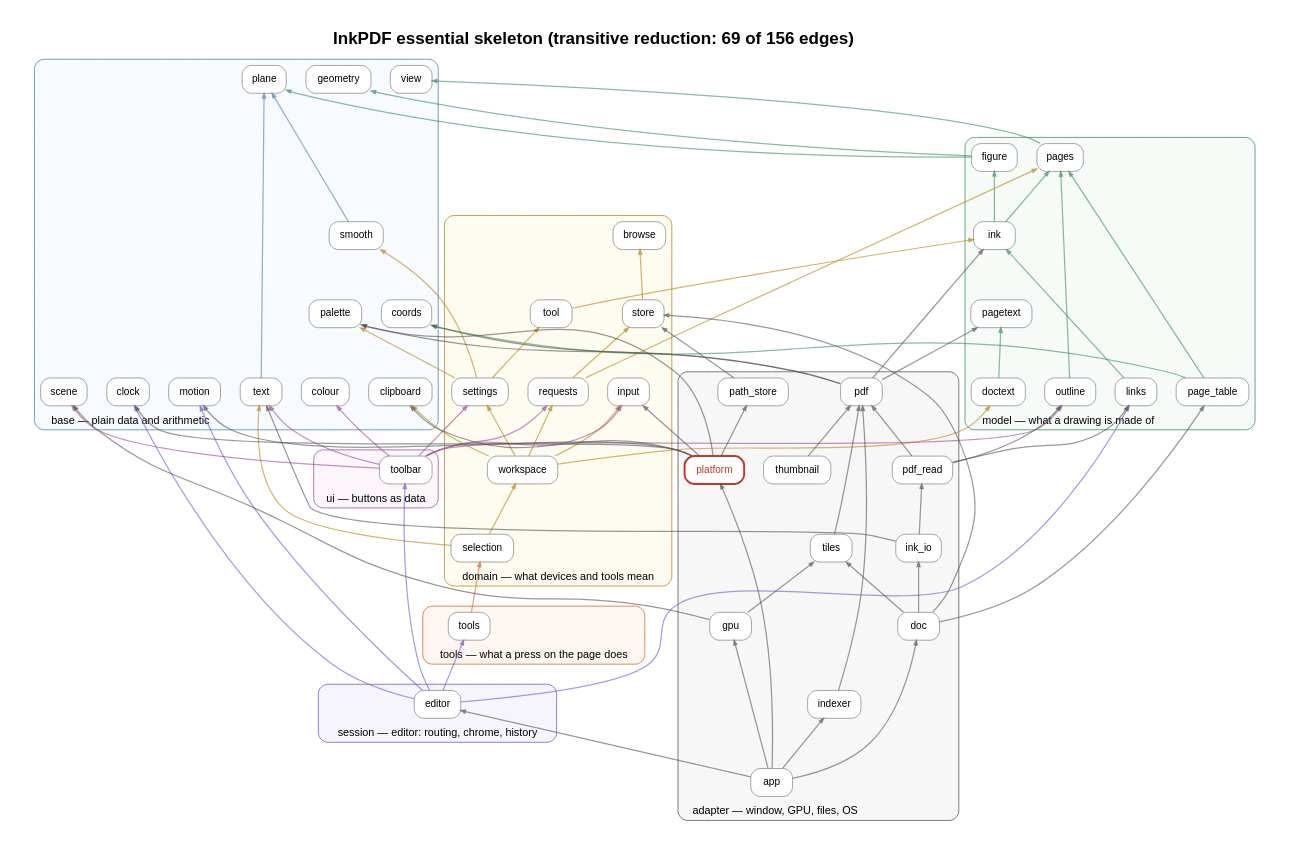
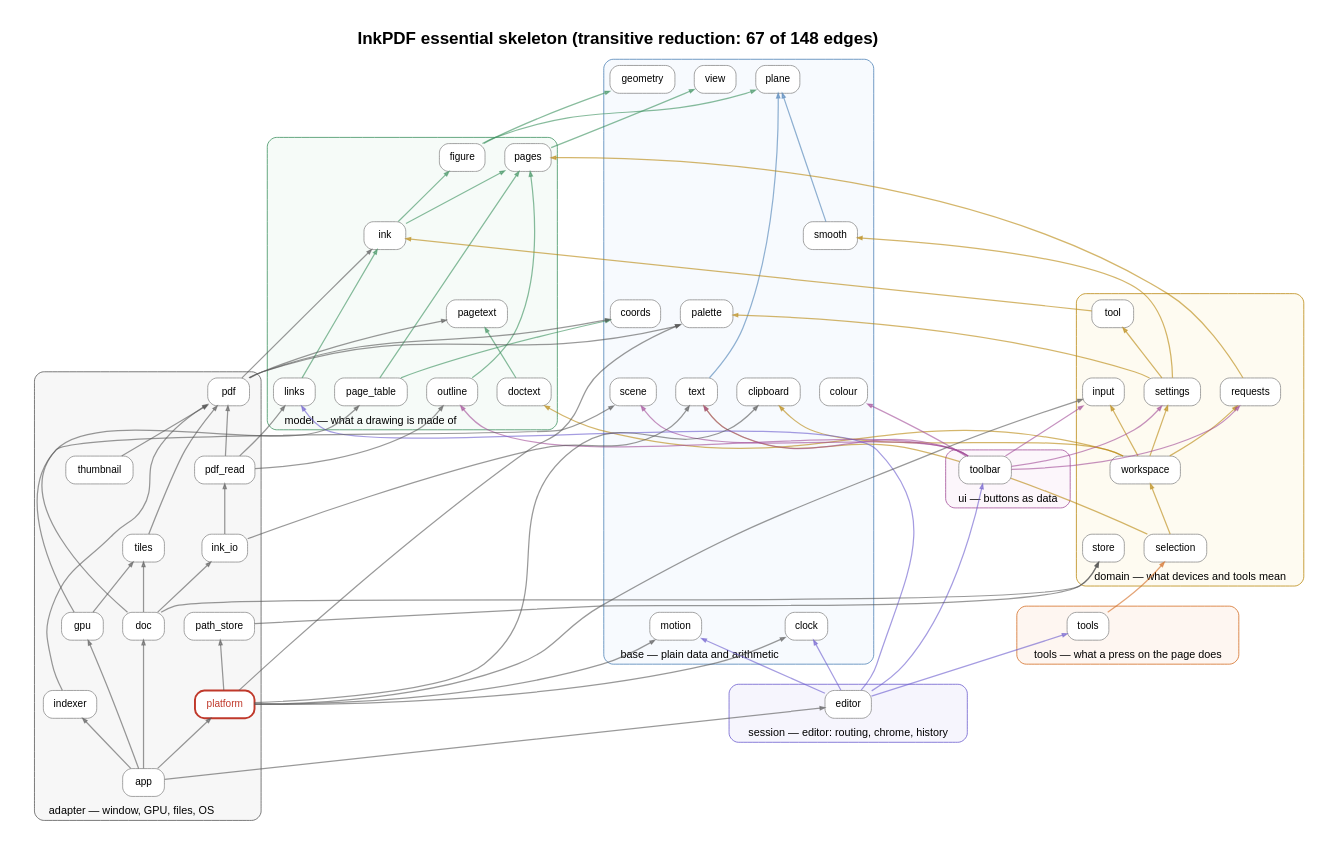
One commit to rajatmo/inkpdf changed the diagram in docs/deps/skeleton.dot. Above: the diagram before and after it, drawn with Graphviz. The commit also changed 7 other files, not shown here.

First line of the commit message:
Roadmap: the input milestone (1.4.0, planned) and what was done since 1.3.0; dependency graph knows the dialog module

```diff
--- a/docs/deps/skeleton.dot
+++ b/docs/deps/skeleton.dot
@@ -1,131 +1,128 @@
 digraph G {
 rankdir=BT; newrank=true; compound=true; splines=true; nodesep=0.35; ranksep=0.9; pad=0.4;
-label=<<b>InkPDF essential skeleton (transitive reduction: 69 of 156 edges)</b>>; labelloc=t; fontsize=22; fontname="Helvetica";
+label=<<b>InkPDF essential skeleton (transitive reduction: 67 of 148 edges)</b>>; labelloc=t; fontsize=22; fontname="Helvetica";
 node [shape=box, style="rounded,filled", fontname="Helvetica", fontsize=13, margin="0.14,0.07", color="#888888"];
 edge [arrowsize=0.6];
 subgraph cluster_Base { label="base — plain data and arithmetic"; labeljust=l; fontname="Helvetica"; fontsize=14; style="rounded,filled"; fillcolor="#e8f1fb55"; color="#4a7fb5";
   "clipboard" [fillcolor="white"];
   "clock" [fillcolor="white"];
   "colour" [fillcolor="white"];
   "coords" [fillcolor="white"];
   "geometry" [fillcolor="white"];
   "motion" [fillcolor="white"];
   "palette" [fillcolor="white"];
   "plane" [fillcolor="white"];
   "scene" [fillcolor="white"];
   "smooth" [fillcolor="white"];
   "text" [fillcolor="white"];
   "view" [fillcolor="white"];
 }
 subgraph cluster_Model { label="model — what a drawing is made of"; labeljust=l; fontname="Helvetica"; fontsize=14; style="rounded,filled"; fillcolor="#e3f4ea55"; color="#3a8f5c";
   "doctext" [fillcolor="white"];
   "figure" [fillcolor="white"];
   "ink" [fillcolor="white"];
   "links" [fillcolor="white"];
   "outline" [fillcolor="white"];
   "page_table" [fillcolor="white"];
   "pages" [fillcolor="white"];
   "pagetext" [fillcolor="white"];
 }
 subgraph cluster_Domain { label="domain — what devices and tools mean"; labeljust=l; fontname="Helvetica"; fontsize=14; style="rounded,filled"; fillcolor="#fdf3d655"; color="#b8860b";
-  "browse" [fillcolor="white"];
   "input" [fillcolor="white"];
   "requests" [fillcolor="white"];
   "selection" [fillcolor="white"];
   "settings" [fillcolor="white"];
   "store" [fillcolor="white"];
   "tool" [fillcolor="white"];
   "workspace" [fillcolor="white"];
 }
 subgraph cluster_Ui { label="ui — buttons as data"; labeljust=l; fontname="Helvetica"; fontsize=14; style="rounded,filled"; fillcolor="#f6e4f355"; color="#a14a96";
   "toolbar" [fillcolor="white"];
 }
 subgraph cluster_Tools { label="tools — what a press on the page does"; labeljust=l; fontname="Helvetica"; fontsize=14; style="rounded,filled"; fillcolor="#fde5d455"; color="#d2691e";
   "tools" [fillcolor="white"];
 }
 subgraph cluster_Session { label="session — editor: routing, chrome, history"; labeljust=l; fontname="Helvetica"; fontsize=14; style="rounded,filled"; fillcolor="#e4e1f855"; color="#6a5acd";
   "editor" [fillcolor="white"];
 }
 subgraph cluster_Adapter { label="adapter — window, GPU, files, OS"; labeljust=l; fontname="Helvetica"; fontsize=14; style="rounded,filled"; fillcolor="#e6e6e655"; color="#555555";
   "app" [fillcolor="white"];
   "doc" [fillcolor="white"];
   "gpu" [fillcolor="white"];
   "indexer" [fillcolor="white"];
   "ink_io" [fillcolor="white"];
   "path_store" [fillcolor="white"];
   "pdf" [fillcolor="white"];
   "pdf_read" [fillcolor="white"];
   "platform" [fillcolor="white" penwidth=2.5 color="#c0392b" fontcolor="#c0392b"];
   "thumbnail" [fillcolor="white"];
   "tiles" [fillcolor="white"];
 }
 "app" -> "doc" [color="#55555599", penwidth=1.60, tooltip="3 uses"];
 "app" -> "editor" [color="#55555599", penwidth=1.60, tooltip="4 uses"];
 "app" -> "gpu" [color="#55555599", penwidth=1.60, tooltip="5 uses"];
 "app" -> "indexer" [color="#55555599", penwidth=1.60, tooltip="2 uses"];
 "app" -> "platform" [color="#55555599", penwidth=1.60, tooltip="2 uses"];
 "doc" -> "ink_io" [color="#55555599", penwidth=1.60, tooltip="1 uses"];
 "doc" -> "page_table" [color="#55555599", penwidth=1.60, tooltip="2 uses"];
 "doc" -> "store" [color="#55555599", penwidth=1.60, tooltip="1 uses"];
 "doc" -> "tiles" [color="#55555599", penwidth=1.60, tooltip="1 uses"];
 "doctext" -> "pagetext" [color="#3a8f5c99", penwidth=1.60, tooltip="1 uses"];
 "editor" -> "clock" [color="#6a5acd99", penwidth=1.60, tooltip="1 uses"];
 "editor" -> "links" [color="#6a5acd99", penwidth=1.60, tooltip="3 uses"];
 "editor" -> "motion" [color="#6a5acd99", penwidth=1.60, tooltip="4 uses"];
-"editor" -> "toolbar" [color="#6a5acd99", penwidth=1.60, tooltip="13 uses"];
-"editor" -> "tools" [color="#6a5acd99", penwidth=1.60, tooltip="9 uses"];
+"editor" -> "toolbar" [color="#6a5acd99", penwidth=1.60, tooltip="12 uses"];
+"editor" -> "tools" [color="#6a5acd99", penwidth=1.60, tooltip="8 uses"];
 "figure" -> "geometry" [color="#3a8f5c99", penwidth=1.60, tooltip="1 uses"];
 "figure" -> "plane" [color="#3a8f5c99", penwidth=1.60, tooltip="1 uses"];
 "gpu" -> "scene" [color="#55555599", penwidth=1.60, tooltip="1 uses"];
 "gpu" -> "tiles" [color="#55555599", penwidth=1.60, tooltip="2 uses"];
 "indexer" -> "pdf" [color="#55555599", penwidth=1.60, tooltip="1 uses"];
 "ink" -> "figure" [color="#3a8f5c99", penwidth=1.60, tooltip="3 uses"];
 "ink" -> "pages" [color="#3a8f5c99", penwidth=1.60, tooltip="1 uses"];
 "ink_io" -> "pdf_read" [color="#55555599", penwidth=1.60, tooltip="2 uses"];
 "ink_io" -> "text" [color="#55555599", penwidth=1.60, tooltip="2 uses"];
 "links" -> "ink" [color="#3a8f5c99", penwidth=1.60, tooltip="1 uses"];
 "outline" -> "pages" [color="#3a8f5c99", penwidth=1.60, tooltip="1 uses"];
 "page_table" -> "coords" [color="#3a8f5c99", penwidth=1.60, tooltip="1 uses"];
 "page_table" -> "pages" [color="#3a8f5c99", penwidth=1.60, tooltip="1 uses"];
 "pages" -> "view" [color="#3a8f5c99", penwidth=1.60, tooltip="1 uses"];
 "path_store" -> "store" [color="#55555599", penwidth=1.60, tooltip="1 uses"];
 "pdf" -> "coords" [color="#55555599", penwidth=1.60, tooltip="2 uses"];
 "pdf" -> "ink" [color="#55555599", penwidth=1.60, tooltip="2 uses"];
 "pdf" -> "pagetext" [color="#55555599", penwidth=1.60, tooltip="2 uses"];
 "pdf" -> "palette" [color="#55555599", penwidth=1.60, tooltip="2 uses"];
 "pdf_read" -> "links" [color="#55555599", penwidth=1.60, tooltip="1 uses"];
 "pdf_read" -> "outline" [color="#55555599", penwidth=1.60, tooltip="1 uses"];
 "pdf_read" -> "pdf" [color="#55555599", penwidth=1.60, tooltip="1 uses"];
 "platform" -> "clipboard" [color="#55555599", penwidth=1.60, tooltip="4 uses"];
 "platform" -> "clock" [color="#55555599", penwidth=1.60, tooltip="3 uses"];
 "platform" -> "input" [color="#55555599", penwidth=1.60, tooltip="13 uses"];
 "platform" -> "motion" [color="#55555599", penwidth=1.60, tooltip="8 uses"];
 "platform" -> "palette" [color="#55555599", penwidth=1.60, tooltip="13 uses"];
 "platform" -> "path_store" [color="#55555599", penwidth=1.60, tooltip="2 uses"];
 "requests" -> "pages" [color="#b8860b99", penwidth=1.60, tooltip="1 uses"];
-"requests" -> "store" [color="#b8860b99", penwidth=1.60, tooltip="1 uses"];
 "selection" -> "text" [color="#b8860b99", penwidth=1.60, tooltip="1 uses"];
 "selection" -> "workspace" [color="#b8860b99", penwidth=1.60, tooltip="1 uses"];
 "settings" -> "palette" [color="#b8860b99", penwidth=1.60, tooltip="1 uses"];
 "settings" -> "smooth" [color="#b8860b99", penwidth=1.60, tooltip="1 uses"];
 "settings" -> "tool" [color="#b8860b99", penwidth=1.60, tooltip="1 uses"];
 "smooth" -> "plane" [color="#4a7fb599", penwidth=1.60, tooltip="1 uses"];
-"store" -> "browse" [color="#b8860b99", penwidth=1.60, tooltip="1 uses"];
 "text" -> "plane" [color="#4a7fb599", penwidth=1.60, tooltip="3 uses"];
 "thumbnail" -> "pdf" [color="#55555599", penwidth=1.60, tooltip="1 uses"];
 "tiles" -> "pdf" [color="#55555599", penwidth=1.60, tooltip="1 uses"];
 "tool" -> "ink" [color="#b8860b99", penwidth=1.60, tooltip="4 uses"];
 "toolbar" -> "colour" [color="#a14a9699", penwidth=1.60, tooltip="1 uses"];
 "toolbar" -> "input" [color="#a14a9699", penwidth=1.60, tooltip="1 uses"];
 "toolbar" -> "outline" [color="#a14a9699", penwidth=1.60, tooltip="1 uses"];
 "toolbar" -> "requests" [color="#a14a9699", penwidth=1.60, tooltip="1 uses"];
-"toolbar" -> "scene" [color="#a14a9699", penwidth=1.60, tooltip="21 uses"];
+"toolbar" -> "scene" [color="#a14a9699", penwidth=1.60, tooltip="20 uses"];
 "toolbar" -> "settings" [color="#a14a9699", penwidth=1.60, tooltip="1 uses"];
-"toolbar" -> "text" [color="#a14a9699", penwidth=1.60, tooltip="3 uses"];
+"toolbar" -> "text" [color="#a14a9699", penwidth=1.60, tooltip="2 uses"];
 "tools" -> "selection" [color="#d2691e99", penwidth=1.60, tooltip="1 uses"];
 "workspace" -> "clipboard" [color="#b8860b99", penwidth=1.60, tooltip="1 uses"];
 "workspace" -> "doctext" [color="#b8860b99", penwidth=1.60, tooltip="2 uses"];
 "workspace" -> "input" [color="#b8860b99", penwidth=1.60, tooltip="1 uses"];
 "workspace" -> "requests" [color="#b8860b99", penwidth=1.60, tooltip="1 uses"];
 "workspace" -> "settings" [color="#b8860b99", penwidth=1.60, tooltip="1 uses"];
 }
```
